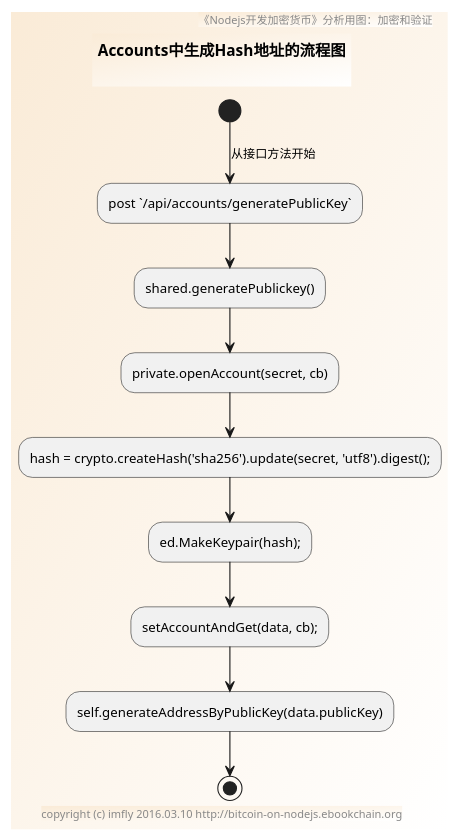
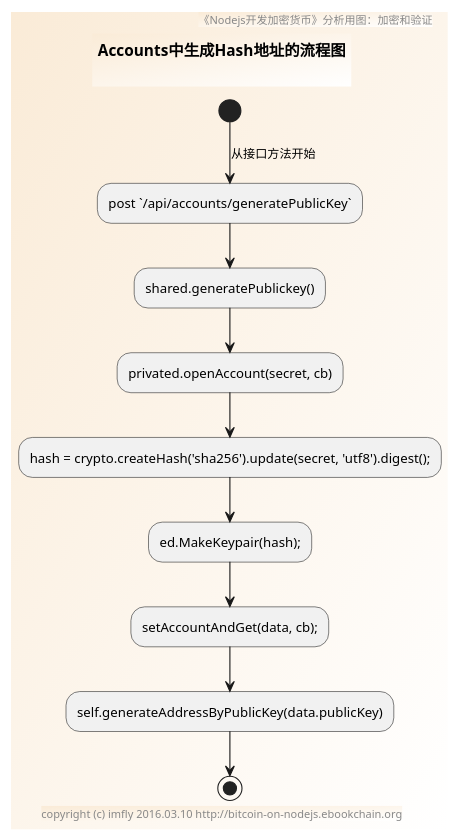
One commit to brightmanforever022/bitcoin-on-nodejs changed the diagram in sources/modules/crypto/activity.pu. Above: the diagram before and after it, drawn with PlantUML. The commit also changed 15 other files, not shown here.

```diff
--- a/sources/modules/crypto/activity.pu
+++ b/sources/modules/crypto/activity.pu
@@ -1,21 +1,21 @@
 @startuml ../../../styles/images/modules/crypto/activity.png
   skinparam BorderColor #blue\9932CC
   skinparam backgroundcolor AntiqueWhite/white
 
   title
   Accounts中生成Hash地址的流程图
 
   end title
 
   footer copyright (c) imfly 2016.03.10 http://bitcoin-on-nodejs.ebookchain.org
   header 《Nodejs开发加密货币》分析用图：加密和验证
 
   (*) --> [从接口方法开始] "post `/api/accounts/generatePublicKey`"
   --> shared.generatePublickey()
-  --> private.openAccount(secret, cb)
+  --> privated.openAccount(secret, cb)
   --> hash = crypto.createHash('sha256').update(secret, 'utf8').digest();
   --> ed.MakeKeypair(hash);
   --> setAccountAndGet(data, cb);
   --> self.generateAddressByPublicKey(data.publicKey)
   --> (*)
 @enduml
```
